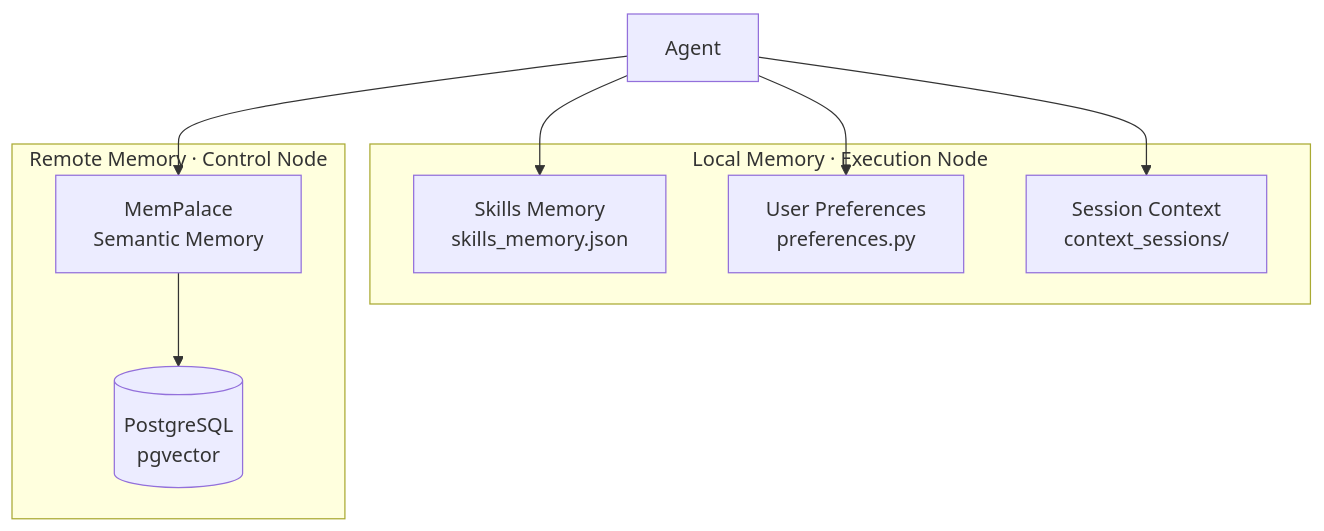
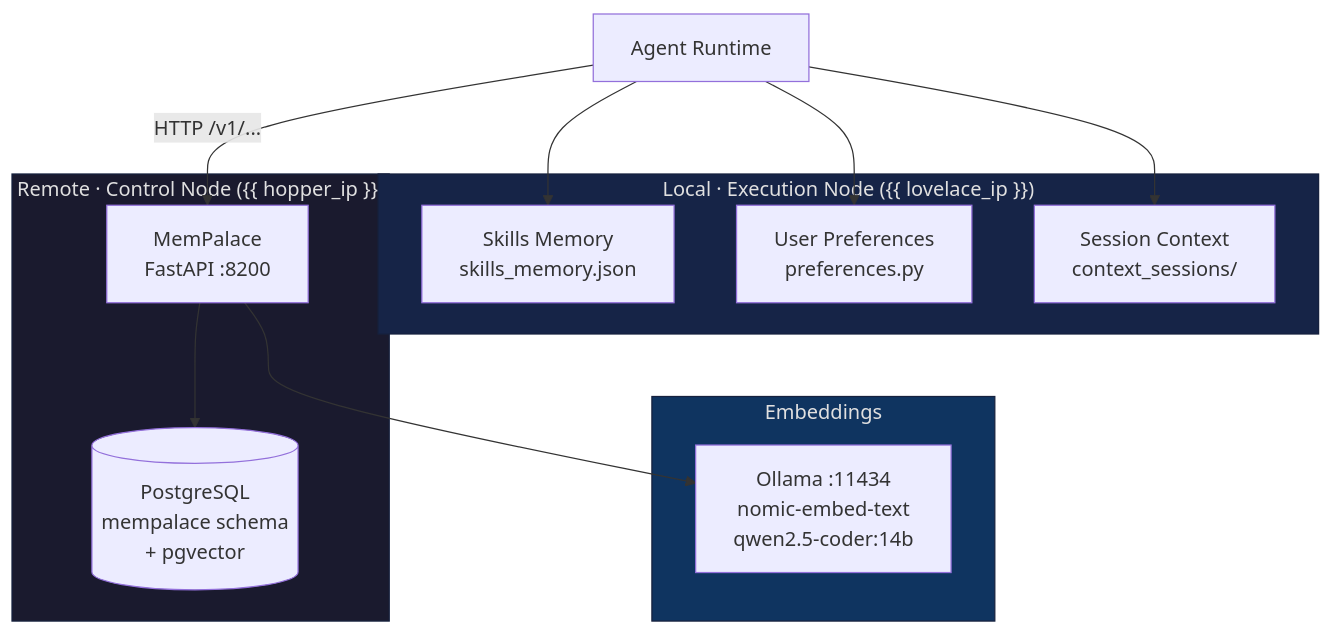
Before and after one commit to Misterobots/Agent_Swarm: the diagram in docs-site/docs/architecture/memory-system.md, drawn with Mermaid. The commit also changed other lines of this file and 7 other files, not shown here.

````diff
--- a/docs-site/docs/architecture/memory-system.md
+++ b/docs-site/docs/architecture/memory-system.md
@@ -21,37 +13,28 @@
 ```mermaid
-
 graph TB
-
-    subgraph Local["Local Memory · Execution Node"]
-
+    subgraph Local["Local · Execution Node ({{ lovelace_ip }})"]
         SM[Skills Memory<br/>skills_memory.json]
-
         Prefs[User Preferences<br/>preferences.py]
-
         Sessions[Session Context<br/>context_sessions/]
-
     end
 
-
-
-    subgraph Remote["Remote Memory · Control Node"]
-
-        MP[MemPalace<br/>Semantic Memory]
-
-        PG[(PostgreSQL<br/>pgvector)]
-
+    subgraph Remote["Remote · Control Node ({{ hopper_ip }})"]
+        MP[MemPalace<br/>FastAPI :8200]
+        PG[(PostgreSQL<br/>mempalace schema<br/>+ pgvector)]
     end
 
+    subgraph Embed["Embeddings"]
+        OL[Ollama :11434<br/>nomic-embed-text<br/>qwen2.5-coder:14b]
+    end
 
+    Agent[Agent Runtime] --> SM
+    Agent --> Prefs
+    Agent --> Sessions
+    Agent -->|HTTP /v1/...| MP
+    MP --> PG
+    MP --> OL
 
-    Agent --> SM
-
-    Agent --> Prefs
-
-    Agent --> Sessions
-
-    Agent --> MP
-
-    MP --> PG
-
+    style Local fill:#162447,stroke:#16213e,color:#e0e0e0
+    style Remote fill:#1a1a2e,stroke:#16213e,color:#e0e0e0
+    style Embed fill:#0f3460,stroke:#16213e,color:#e0e0e0
 ```
````
